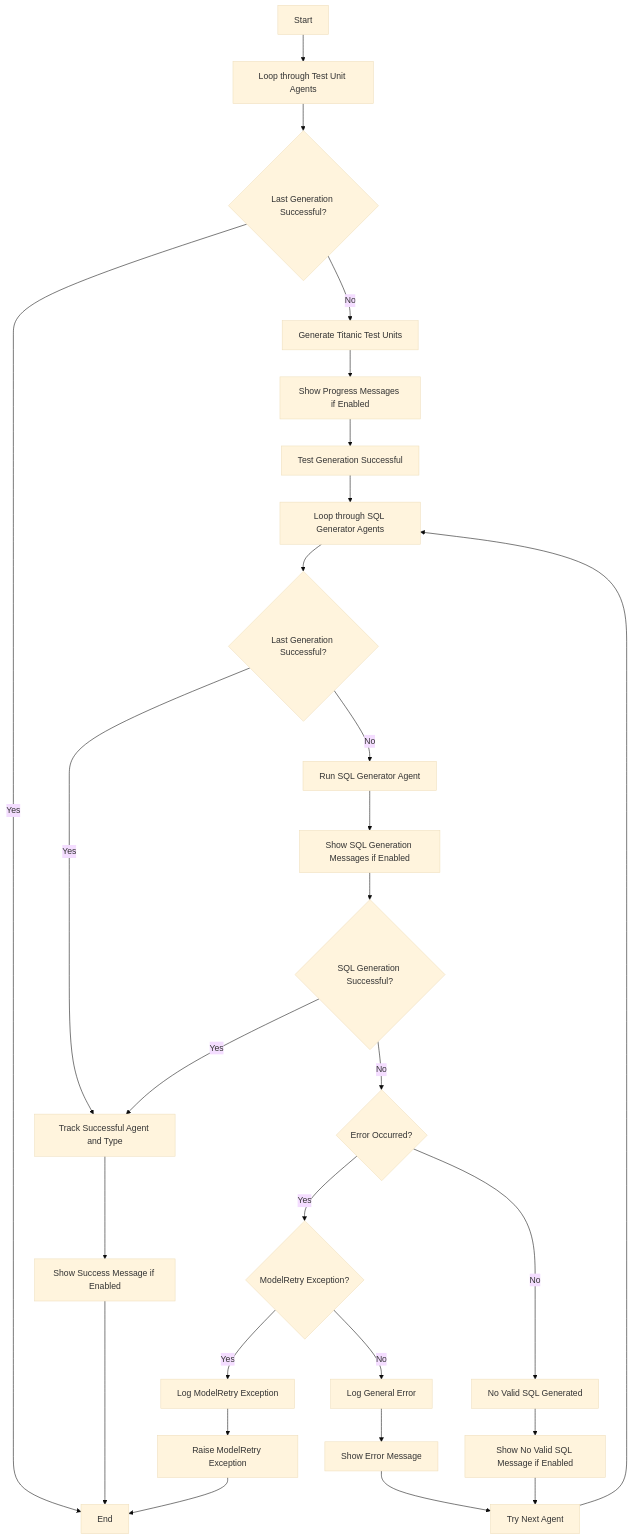
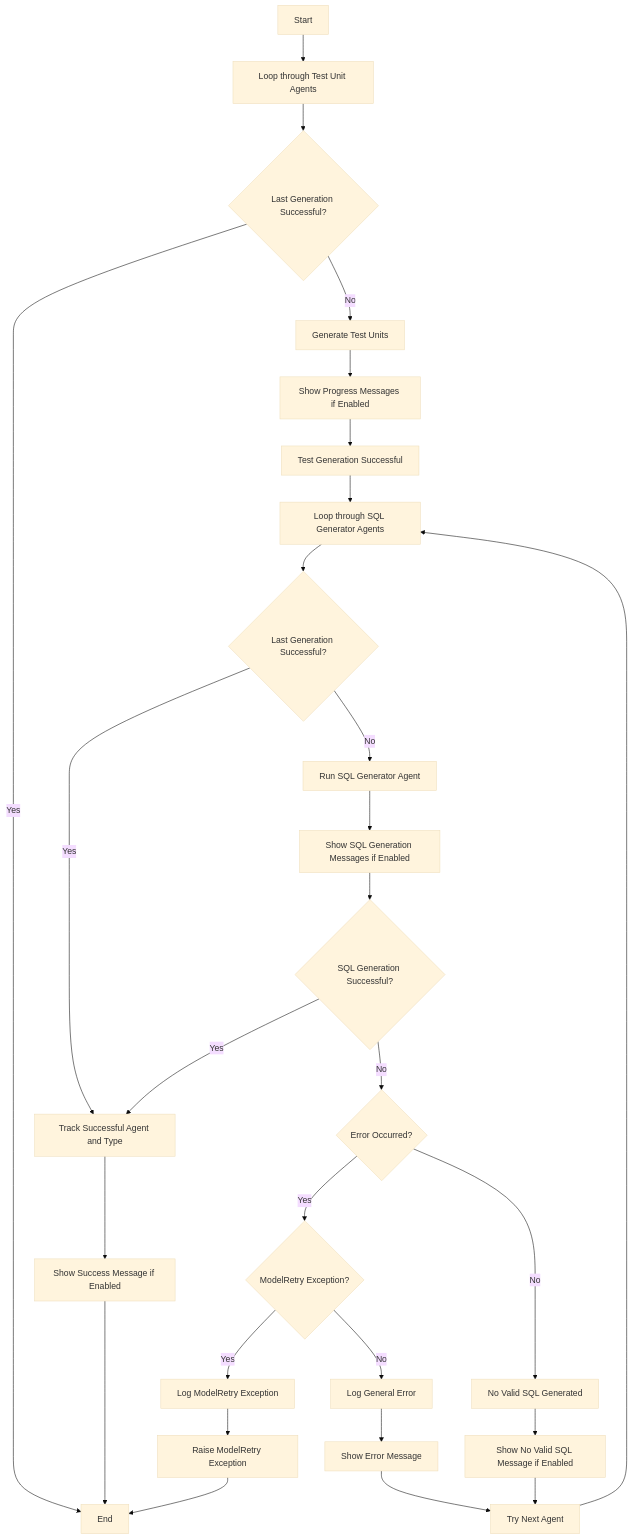
The diagram in legacy-docs/thothdocs-import/original-site/5-reference_manual/5.3-workflow/5.3.3-basic_generation_workflow.md (mptyl/ThothAI), drawn with Mermaid (base theme) before and after one commit. The commit also changed 12 other files, not shown here.

````diff
--- a/legacy-docs/thothdocs-import/original-site/5-reference_manual/5.3-workflow/5.3.3-basic_generation_workflow.md
+++ b/legacy-docs/thothdocs-import/original-site/5-reference_manual/5.3-workflow/5.3.3-basic_generation_workflow.md
@@ -2,30 +2,30 @@
 ```mermaid
 flowchart TD
     Start[Start] --> LoopTU[Loop through Test Unit Agents]
     LoopTU --> SuccessCheckTU{Last Generation Successful?}
     SuccessCheckTU -->|Yes| End[End]
-    SuccessCheckTU -->|No| GenTestUnits[Generate Titanic Test Units]
+    SuccessCheckTU -->|No| GenTestUnits[Generate Test Units]
     GenTestUnits --> ShowMessageTU[Show Progress Messages if Enabled]
     ShowMessageTU --> TestSuccess[Test Generation Successful]
     TestSuccess --> LoopSQL[Loop through SQL Generator Agents]
     LoopSQL --> SuccessCheckSQL{Last Generation Successful?}
     SuccessCheckSQL -->|Yes| TrackSuccess[Track Successful Agent and Type]
     TrackSuccess --> ShowSuccess[Show Success Message if Enabled]
     ShowSuccess --> End
     SuccessCheckSQL -->|No| RunSQLAgent[Run SQL Generator Agent]
     RunSQLAgent --> ShowMessageSQL[Show SQL Generation Messages if Enabled]
     ShowMessageSQL --> SQLSuccess{SQL Generation Successful?}
     SQLSuccess -->|Yes| TrackSuccess
     SQLSuccess -->|No| ErrorCheck{Error Occurred?}
     ErrorCheck -->|Yes| ModelRetryCheck{ModelRetry Exception?}
     ModelRetryCheck -->|Yes| LogRetry[Log ModelRetry Exception]
     LogRetry --> RaiseRetry[Raise ModelRetry Exception]
     RaiseRetry --> End
     ModelRetryCheck -->|No| LogError[Log General Error]
     LogError --> ShowError[Show Error Message]
     ShowError --> NextAgent[Try Next Agent]
     NextAgent --> LoopSQL
     ErrorCheck -->|No| NoValidSQL[No Valid SQL Generated]
     NoValidSQL --> ShowNoValid[Show No Valid SQL Message if Enabled]
     ShowNoValid --> NextAgent
 ```
````
